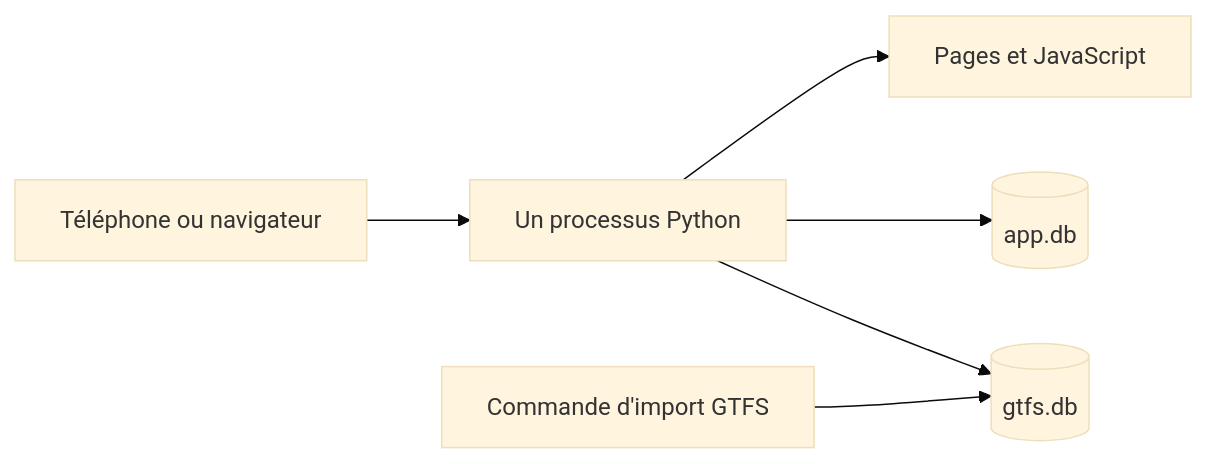
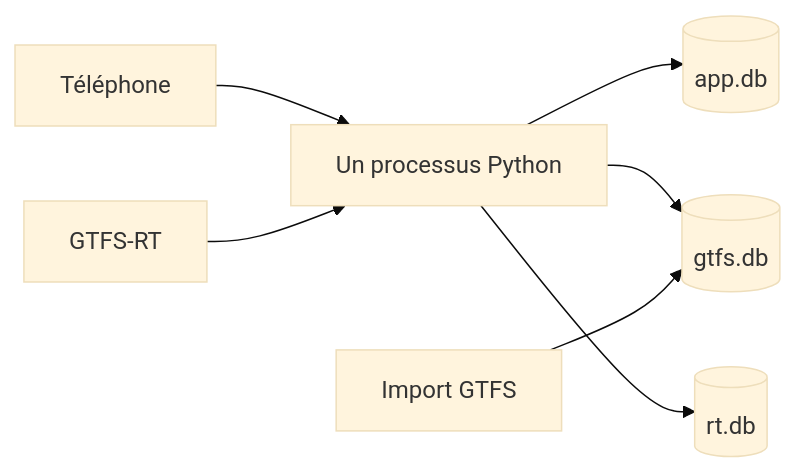
One commit to LordD9/ComptageFer changed the diagram in docs/projet.md. Above: the diagram before and after it, drawn with Mermaid (base theme). The commit also changed other lines of this file, not shown here.

First line of the commit message:
docs: figer le contexte GTFS-RT à la confirmation

````diff
--- a/docs/projet.md
+++ b/docs/projet.md
@@ -63,8 +65,9 @@
 ```mermaid
 flowchart LR
-  phone[Téléphone ou navigateur] --> app[Un processus Python]
-  app --> pages[Pages et JavaScript]
+  phone[Téléphone] --> app[Un processus Python]
   app --> appdb[(app.db)]
   app --> gtfsdb[(gtfs.db)]
-  cron[Commande d'import GTFS] --> gtfsdb
+  app --> rtdb[(rt.db)]
+  feeds[GTFS-RT] --> app
+  cron[Import GTFS] --> gtfsdb
 ```
````
